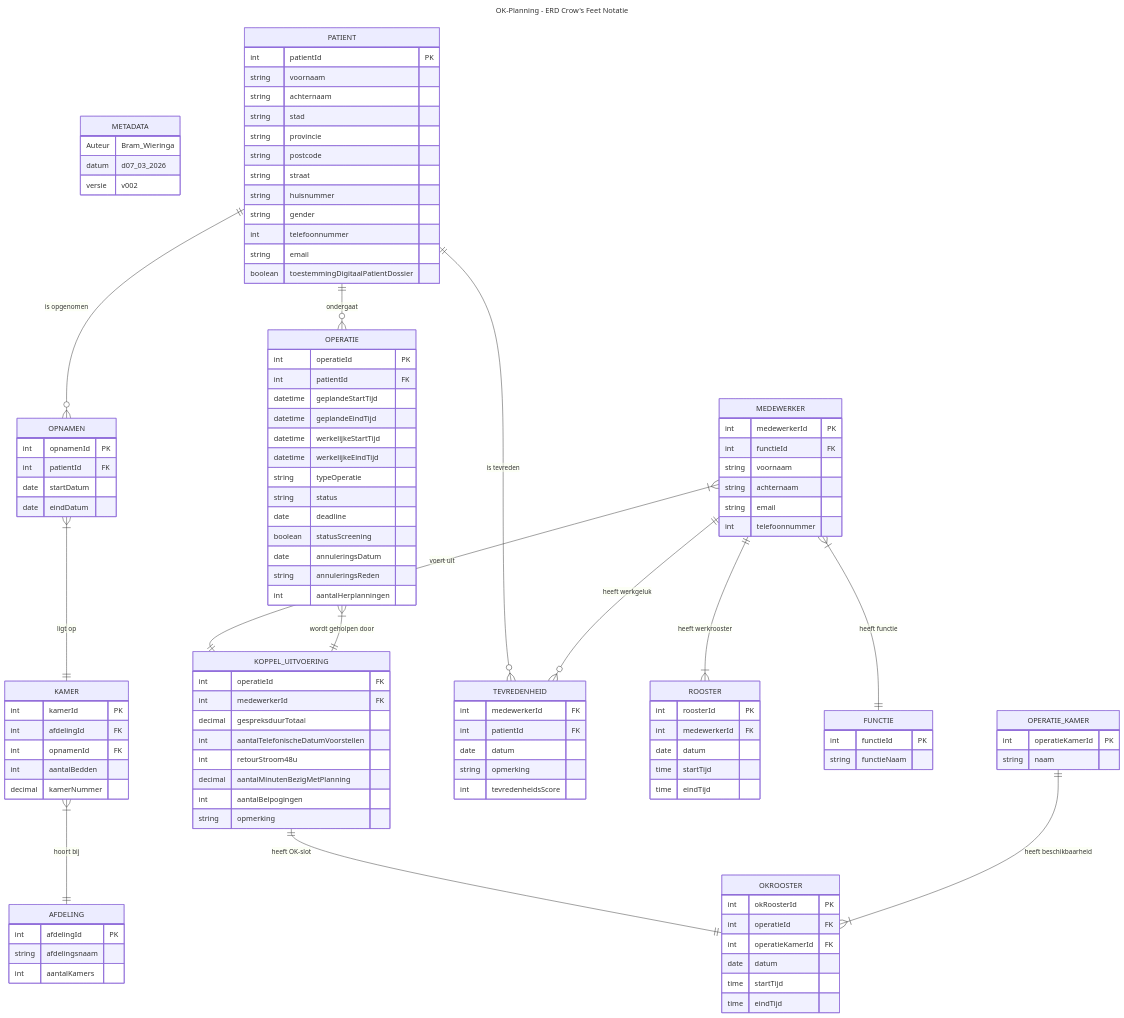
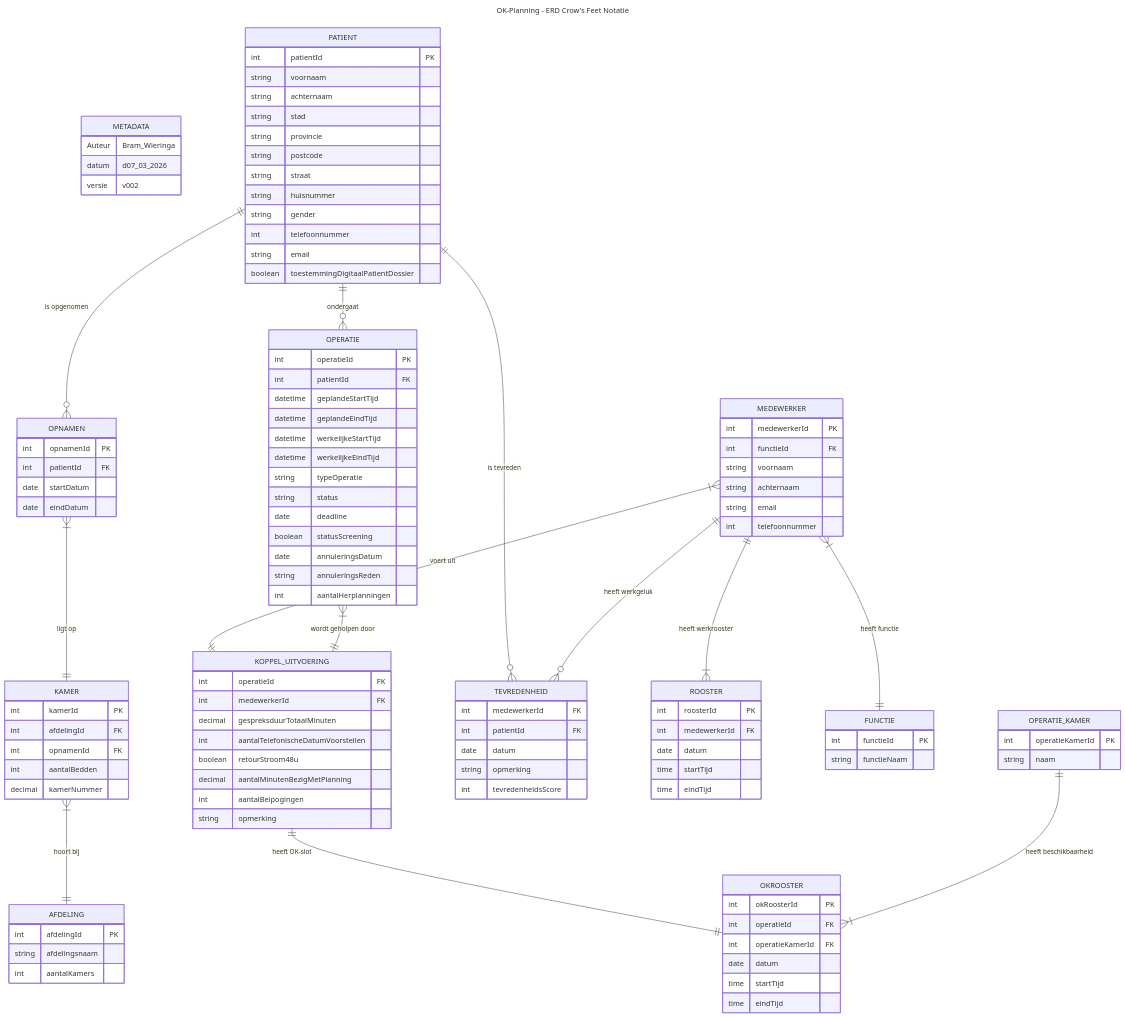
Before and after one commit to Boomstreek/StudieFontys: the diagram in Sem02/Challenge01/02 Design/ERD - Crow's Feet - OK-Planning.md, drawn with Mermaid. The commit also changed 11 other files, not shown here.

```diff
--- a/Sem02/Challenge01/02 Design/ERD - Crow's Feet - OK-Planning.md
+++ b/Sem02/Challenge01/02 Design/ERD - Crow's Feet - OK-Planning.md
@@ -125,9 +125,9 @@
     KOPPEL_UITVOERING {
     int operatieId FK
     int medewerkerId FK
-    decimal gespreksduurTotaal
+    decimal gespreksduurTotaalMinuten
     int aantalTelefonischeDatumVoorstellen
-    int retourStroom48u
+    boolean retourStroom48u
     decimal aantalMinutenBezigMetPlanning
     int aantalBelpogingen
     string opmerking
```
